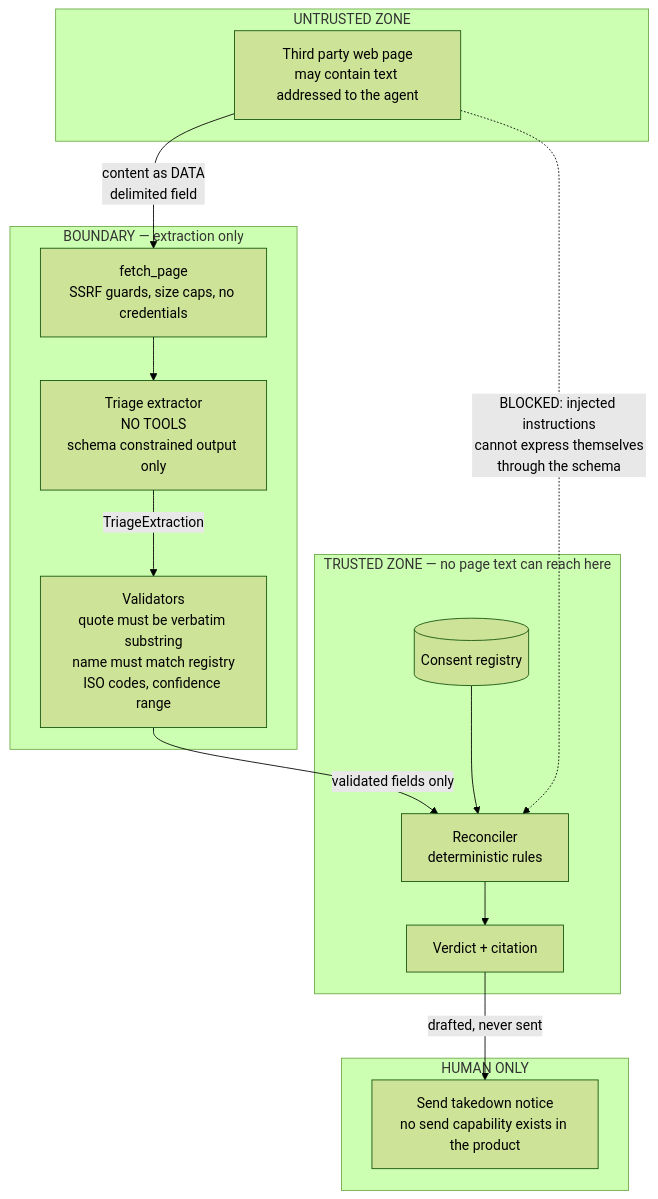
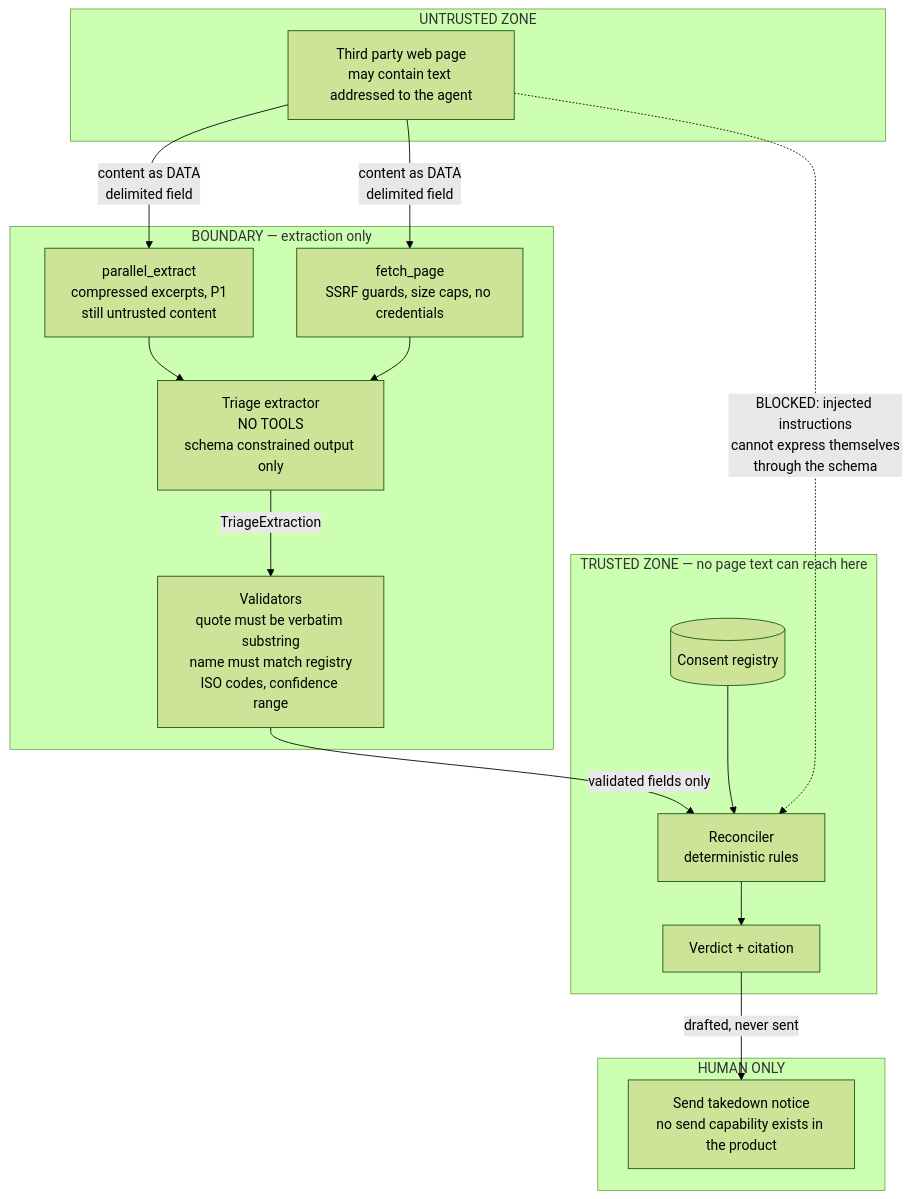
Before and after one commit to PRACHIT27/Consentinel: the fifth of 9 diagrams in ARCHITECTURE.md, drawn with Mermaid (forest theme). The commit also changed other lines of this file and 6 other files, not shown here.

````diff
--- a/ARCHITECTURE.md
+++ b/ARCHITECTURE.md
@@ -174,32 +202,35 @@
 ```mermaid
 flowchart TB
     subgraph UNTRUSTED["UNTRUSTED ZONE"]
         W["Third party web page<br/>may contain text addressed to the agent"]
     end
 
     subgraph BOUNDARY["BOUNDARY — extraction only"]
+        X["parallel_extract<br/>compressed excerpts, P1<br/>still untrusted content"]
         F["fetch_page<br/>SSRF guards, size caps, no credentials"]
         T["Triage extractor<br/>NO TOOLS<br/>schema constrained output only"]
         V["Validators<br/>quote must be verbatim substring<br/>name must match registry<br/>ISO codes, confidence range"]
     end
 
     subgraph TRUSTED["TRUSTED ZONE — no page text can reach here"]
         RC["Reconciler<br/>deterministic rules"]
         REG[("Consent registry")]
         DEC["Verdict + citation"]
     end
 
     subgraph HUMAN["HUMAN ONLY"]
         H["Send takedown notice<br/>no send capability exists in the product"]
     end
 
+    W -->|"content as DATA<br/>delimited field"| X
     W -->|"content as DATA<br/>delimited field"| F
+    X --> T
     F --> T
     T -->|"TriageExtraction"| V
     V -->|"validated fields only"| RC
     REG --> RC
     RC --> DEC
     DEC -->|"drafted, never sent"| H
 
     W -.->|"BLOCKED: injected instructions<br/>cannot express themselves<br/>through the schema"| RC
 ```
````
